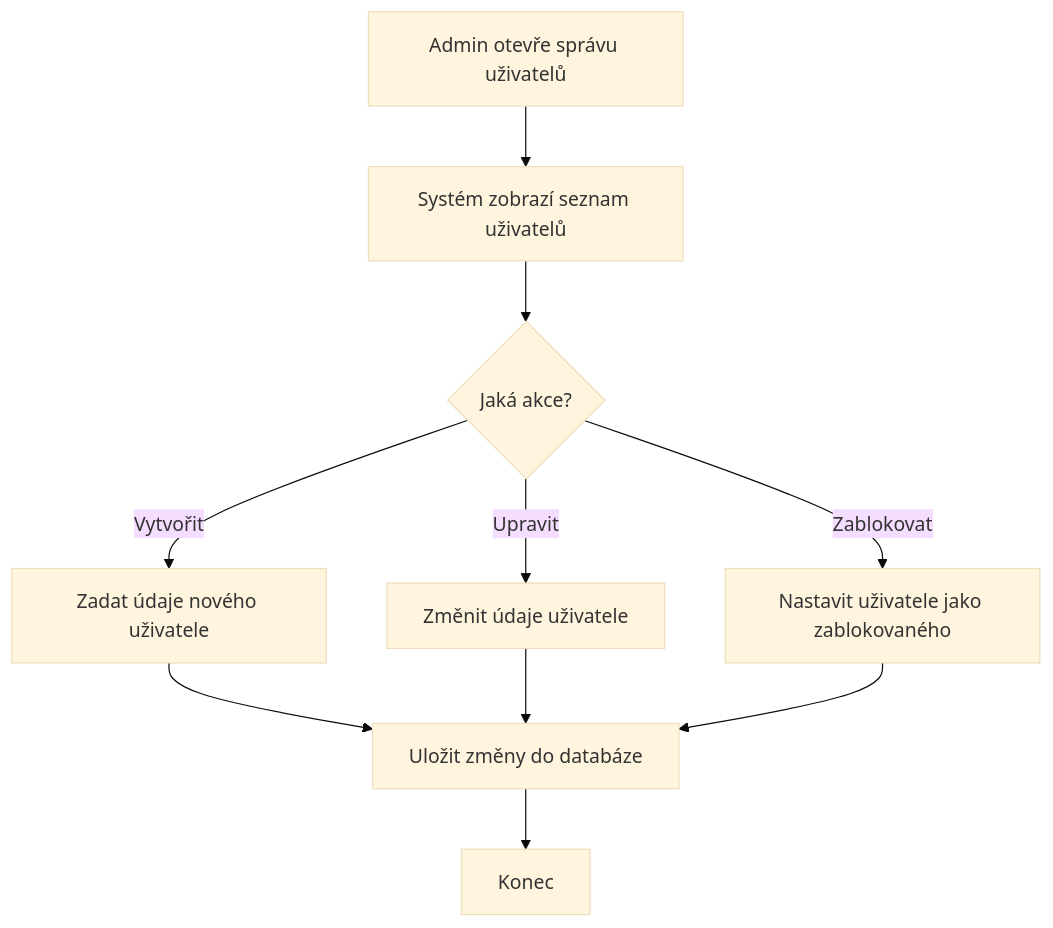
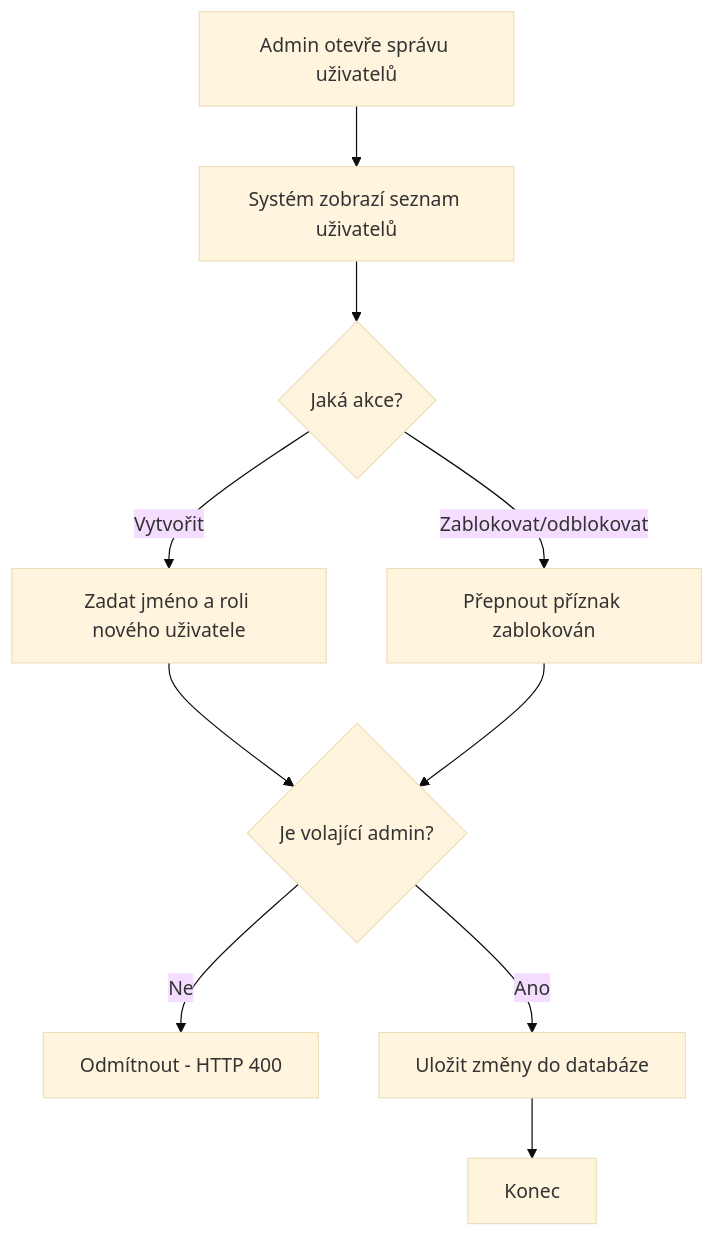
Before and after one commit to jacobcpp/KSWI: the eighth of 14 diagrams in report/01_pozadavky.md, drawn with Mermaid (base theme). The commit also changed other lines of this file and 7 other files, not shown here.

````diff
--- a/report/01_pozadavky.md
+++ b/report/01_pozadavky.md
@@ -162,12 +180,12 @@
 ```mermaid
 flowchart TD
     A[Admin otevře správu uživatelů] --> B[Systém zobrazí seznam uživatelů]
     B --> C{Jaká akce?}
-    C -- Vytvořit --> D[Zadat údaje nového uživatele]
-    C -- Upravit --> E[Změnit údaje uživatele]
-    C -- Zablokovat --> F[Nastavit uživatele jako zablokovaného]
-    D --> G[Uložit změny do databáze]
-    E --> G
-    F --> G
-    G --> H[Konec]
+    C -- Vytvořit --> D[Zadat jméno a roli nového uživatele]
+    C -- Zablokovat/odblokovat --> E[Přepnout příznak zablokován]
+    D --> F{Je volající admin?}
+    E --> F
+    F -- Ne --> G[Odmítnout - HTTP 400]
+    F -- Ano --> H[Uložit změny do databáze]
+    H --> I[Konec]
 ```
````
